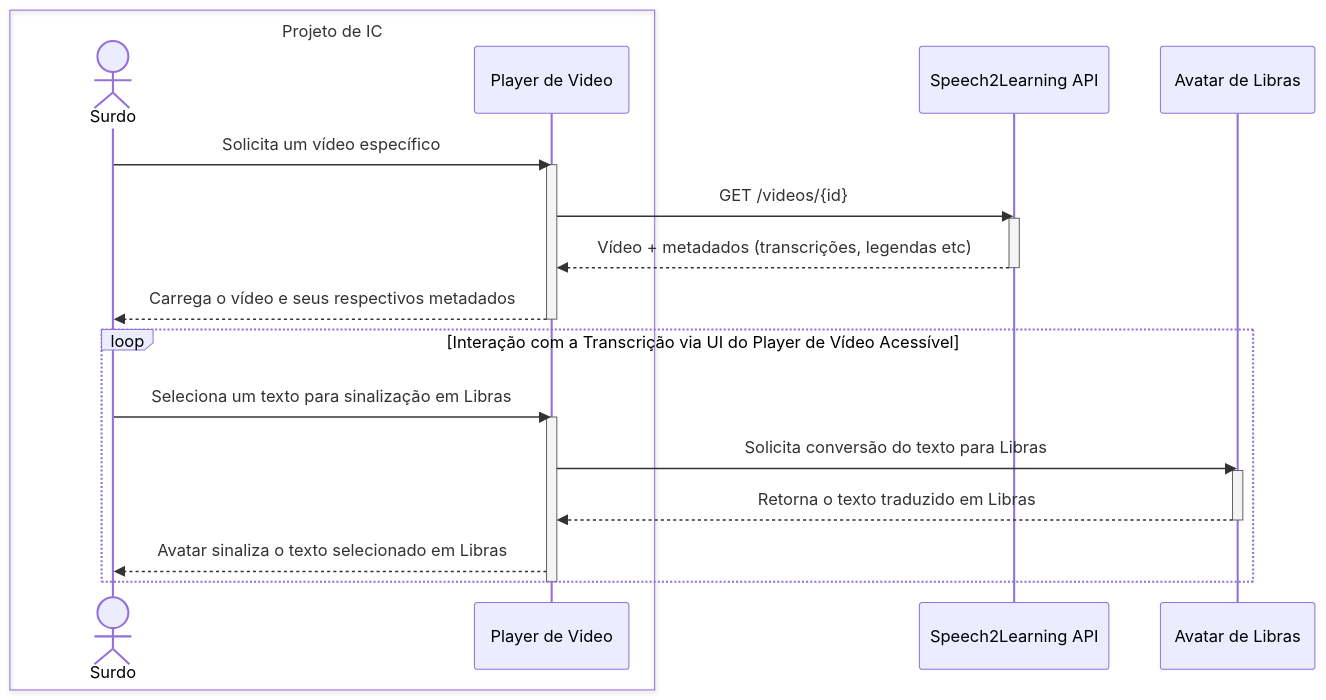
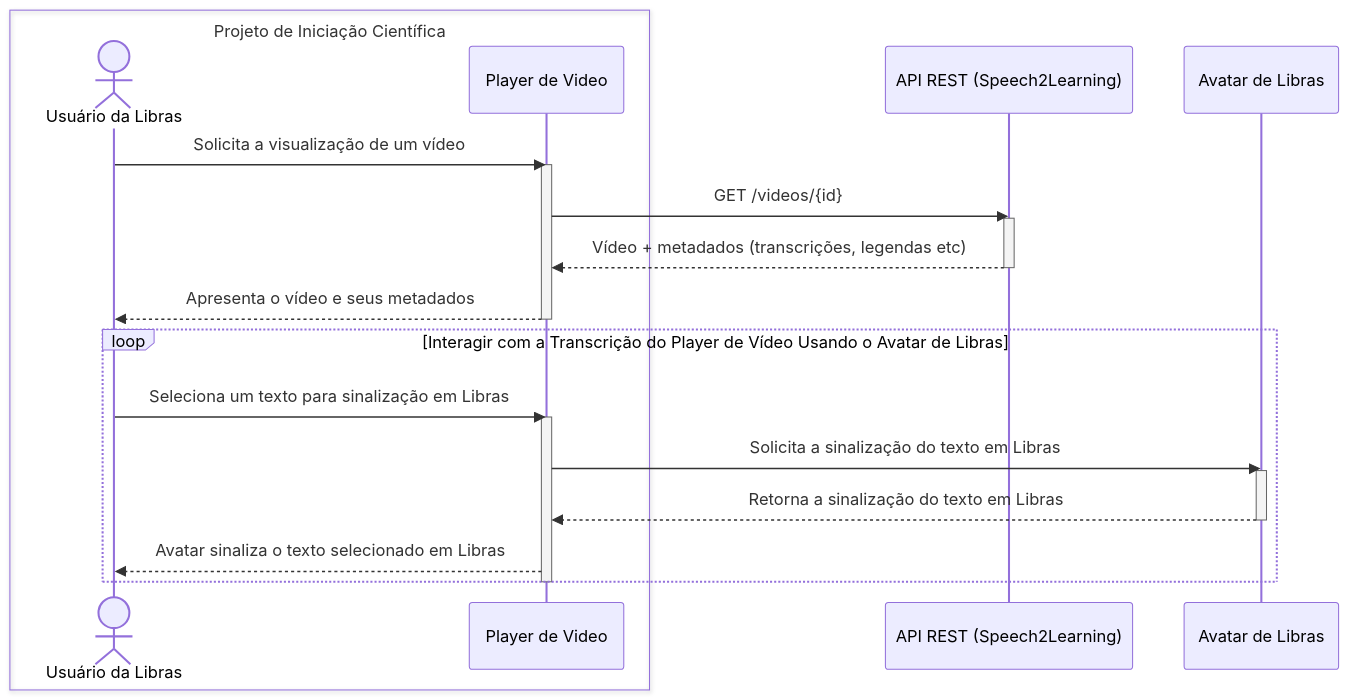
The diagram in 6-speech2learning-instance-libras/README.md (falvojr/speech2learning), drawn with Mermaid before and after one commit.

````diff
--- a/6-speech2learning-instance-libras/README.md
+++ b/6-speech2learning-instance-libras/README.md
@@ -14,33 +14,33 @@
 ```mermaid
 sequenceDiagram
-    box Projeto de IC
-    actor Surdo
+    box transparent Projeto de Iniciação Científica
+    actor Surdo as Usuário da Libras
     participant PlayerDeVideo as Player de Video
     end
-    participant Speech2Learning as Speech2Learning API
+    participant Speech2Learning as API REST (Speech2Learning)
     participant AvatarDeLibras as Avatar de Libras
 
-    Surdo->>PlayerDeVideo: Solicita um vídeo específico
+    Surdo->>PlayerDeVideo: Solicita a visualização de um vídeo
     activate PlayerDeVideo
 
     PlayerDeVideo->>Speech2Learning: GET /videos/{id}
     activate Speech2Learning
     Speech2Learning-->>PlayerDeVideo: Vídeo + metadados (transcrições, legendas etc)
     deactivate Speech2Learning
 
-    PlayerDeVideo-->>Surdo: Carrega o vídeo e seus respectivos metadados
+    PlayerDeVideo-->>Surdo: Apresenta o vídeo e seus metadados
 
     deactivate PlayerDeVideo
     
-    loop Interação com a Transcrição via UI do Player de Vídeo Acessível
+    loop Interagir com a Transcrição do Player de Vídeo Usando o Avatar de Libras
         Surdo->>PlayerDeVideo: Seleciona um texto para sinalização em Libras 
         activate PlayerDeVideo
-        PlayerDeVideo->>AvatarDeLibras: Solicita conversão do texto para Libras
+        PlayerDeVideo->>AvatarDeLibras: Solicita a sinalização do texto em Libras
         activate AvatarDeLibras
-        AvatarDeLibras-->>PlayerDeVideo: Retorna o texto traduzido em Libras
+        AvatarDeLibras-->>PlayerDeVideo: Retorna a sinalização do texto em Libras
         deactivate AvatarDeLibras
         PlayerDeVideo-->>Surdo: Avatar sinaliza o texto selecionado em Libras
     end
 
     deactivate PlayerDeVideo
 ```
````
